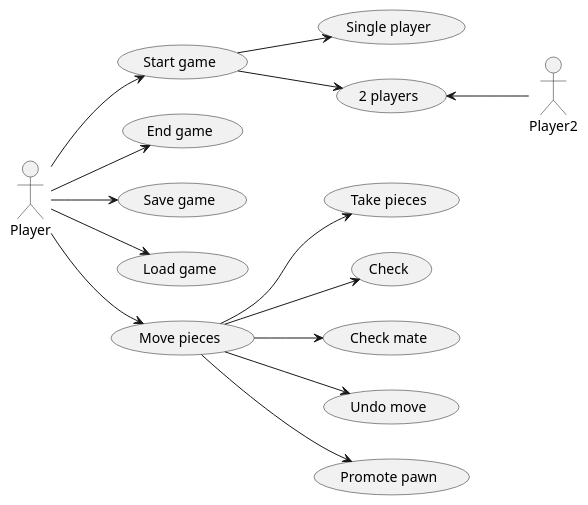
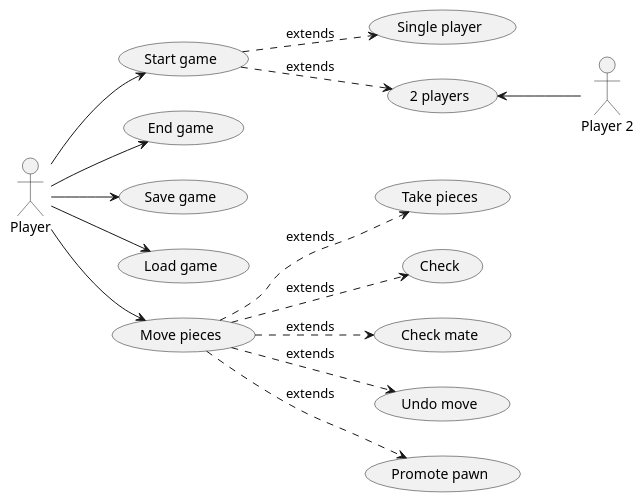
The diagram in nhom_3/UML/UseCase.plantuml (hoanglt1223/SET2021), drawn with PlantUML before and after one commit.

Commit message:
nhom_3 | sửa bài

```diff
--- a/nhom_3/UML/UseCase.plantuml
+++ b/nhom_3/UML/UseCase.plantuml
@@ -1,30 +1,30 @@
 @startuml playerUseCase
 left to right direction
 actor Player as p
-actor Player2 as p2
+actor "Player 2" as p2
 usecase "Start game" as startGame
 usecase "End game" as endGame
 usecase "Save game" as saveGame
 usecase "Load game" as loadGame
 usecase "Move pieces" as movePieces
 usecase "Take pieces" as takePieces
 usecase "Check" as check
 usecase "Check mate" as checkMate
 usecase "Undo move" as undo
 usecase "Promote pawn" as promote
 usecase "Single player" as sp
 usecase "2 players" as 2p
 p --> startGame
-startGame --> sp
-startGame --> 2p
+startGame ..> sp: extends
+startGame ..> 2p: extends
 2p <-- p2
 p --> saveGame
 p --> loadGame
 p --> movePieces
-movePieces --> takePieces
-movePieces --> check
-movePieces --> checkMate
-movePieces --> promote
-movePieces --> undo
+movePieces ..> takePieces: extends
+movePieces ..> check: extends
+movePieces ..> checkMate: extends
+movePieces ..> promote: extends
+movePieces ..> undo: extends
 p --> endGame
 @enduml
```
